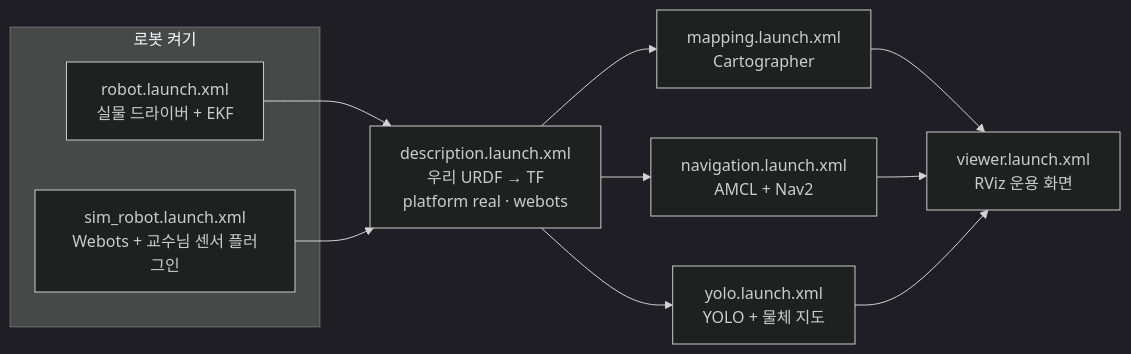
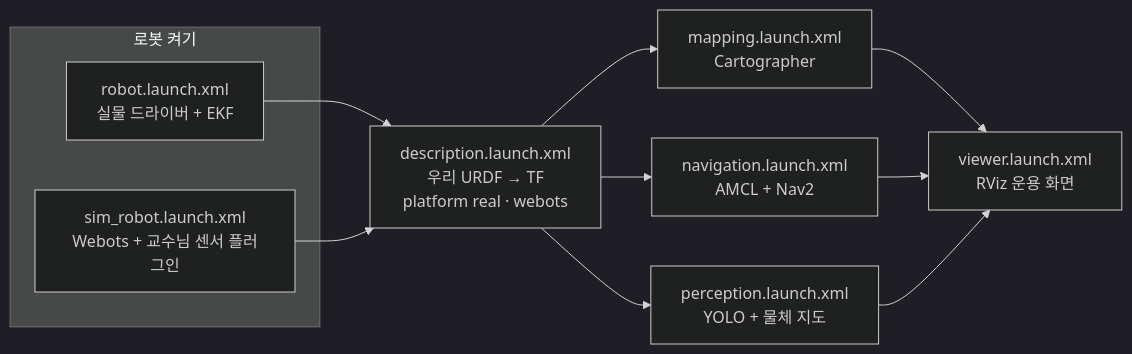
One commit to juyoung020/limo_fire_ws changed the diagram in docs/simulation.md. Above: the diagram before and after it, drawn with Mermaid (dark theme). The commit also changed other lines of this file and 94 other files, not shown here.

````diff
--- a/docs/simulation.md
+++ b/docs/simulation.md
@@ -7,16 +7,16 @@
 ```mermaid
 flowchart LR
   subgraph 로봇 켜기
     R[robot.launch.xml<br/>실물 드라이버 + EKF]
     S[sim_robot.launch.xml<br/>Webots + 교수님 센서 플러그인]
   end
   D[description.launch.xml<br/>우리 URDF → TF<br/>platform real · webots]
   M[mapping.launch.xml<br/>Cartographer]
   N[navigation.launch.xml<br/>AMCL + Nav2]
-  Y[yolo.launch.xml<br/>YOLO + 물체 지도]
+  Y[perception.launch.xml<br/>YOLO + 물체 지도]
   V[viewer.launch.xml<br/>RViz 운용 화면]
   R --> D
   S --> D
   D --> M & N & Y
   M & N & Y --> V
 ```
````
